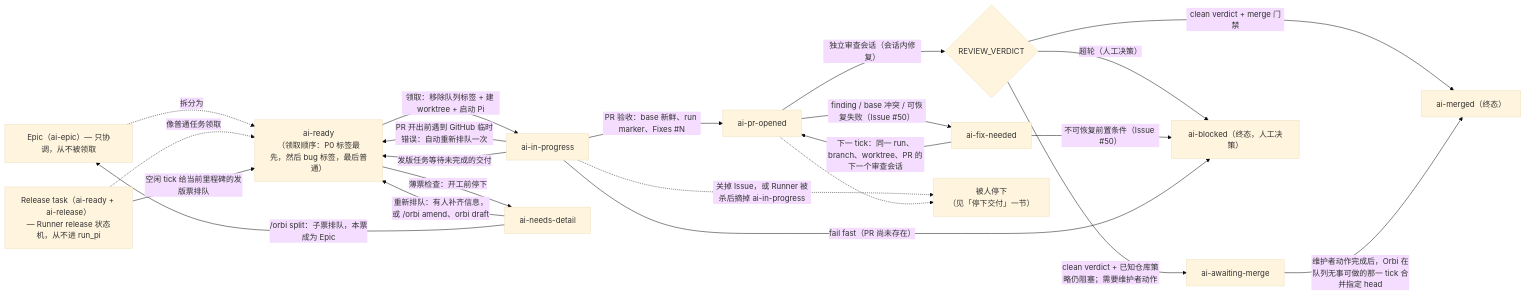
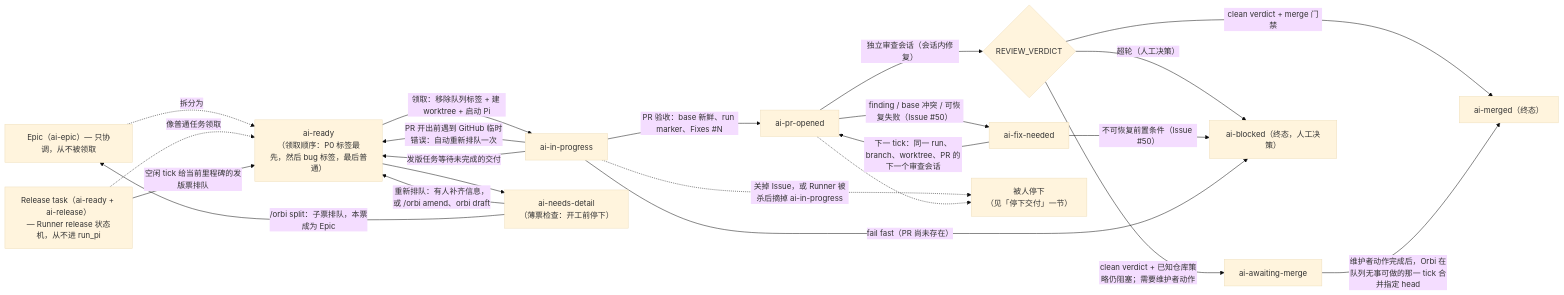
Before and after one commit to orbi-build/orbi: the diagram in docs/zh/workflow.mdx, drawn with Mermaid (base theme). The commit also changed 1 other file, not shown here.

Commit message:
docs: move the thin-ticket gate note into the ai-needs-detail node (#2342)

````diff
--- a/docs/zh/workflow.mdx
+++ b/docs/zh/workflow.mdx
@@ -28,27 +28,27 @@
 ```mermaid
 flowchart LR
   epic["Epic（ai-epic）— 只协调，从不被领取"]
   epic -.拆分为.-> ready
   release["Release task（ai-ready + ai-release）<br/>— Runner release 状态机，从不进 run_pi"]
   release -.像普通任务领取.-> ready
   ready["ai-ready<br/>（领取顺序：P0 标签最先，然后 bug 标签，最后普通）"]
   ready -->|领取：移除队列标签 + 建 worktree + 启动 Pi| progress["ai-in-progress"]
   progress -->|PR 验收：base 新鲜、run marker、Fixes #N| opened["ai-pr-opened"]
   opened -->|独立审查会话（会话内修复）| verdict{"REVIEW_VERDICT"}
   verdict -->|clean verdict + merge 门禁| merged["ai-merged（终态）"]
   verdict -->|clean verdict + 已知仓库策略仍阻塞；需要维护者动作| awaiting["ai-awaiting-merge"]
   awaiting -->|维护者动作完成后，Orbi 在队列无事可做的那一 tick 合并指定 head| merged
   verdict -->|超轮（人工决策）| blocked["ai-blocked（终态，人工决策）"]
   opened -->|finding / base 冲突 / 可恢复失败（Issue #50）| fixneeded["ai-fix-needed"]
   fixneeded -->|下一 tick：同一 run、branch、worktree、PR 的下一个审查会话| opened
   fixneeded -->|不可恢复前置条件（Issue #50）| blocked
   progress -->|fail fast（PR 尚未存在）| blocked
-  ready -->|薄票检查：开工前停下| needsdetail["ai-needs-detail"]
+  ready --> needsdetail["ai-needs-detail<br/>（薄票检查：开工前停下）"]
   needsdetail -->|重新排队：有人补齐信息，或 /orbi amend、orbi draft| ready
   needsdetail -->|/orbi split：子票排队，本票成为 Epic| epic
   progress -->|PR 开出前遇到 GitHub 临时错误：自动重新排队一次| ready
   progress -->|发版任务等待未完成的交付| ready
   progress -.->|关掉 Issue，或 Runner 被杀后摘掉 ai-in-progress| stopped["被人停下<br/>（见「停下交付」一节）"]
   opened -.-> stopped
   release -->|空闲 tick 给当前里程碑的发版票排队| ready
 ```
````
